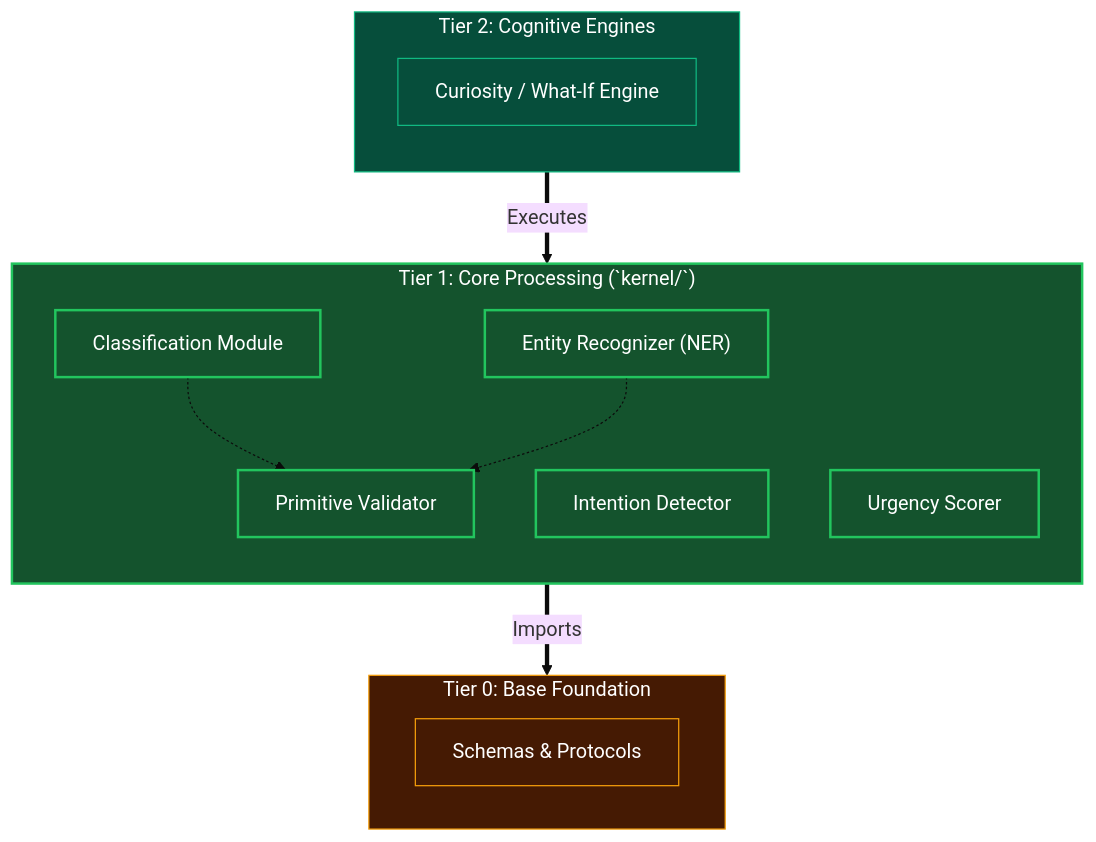
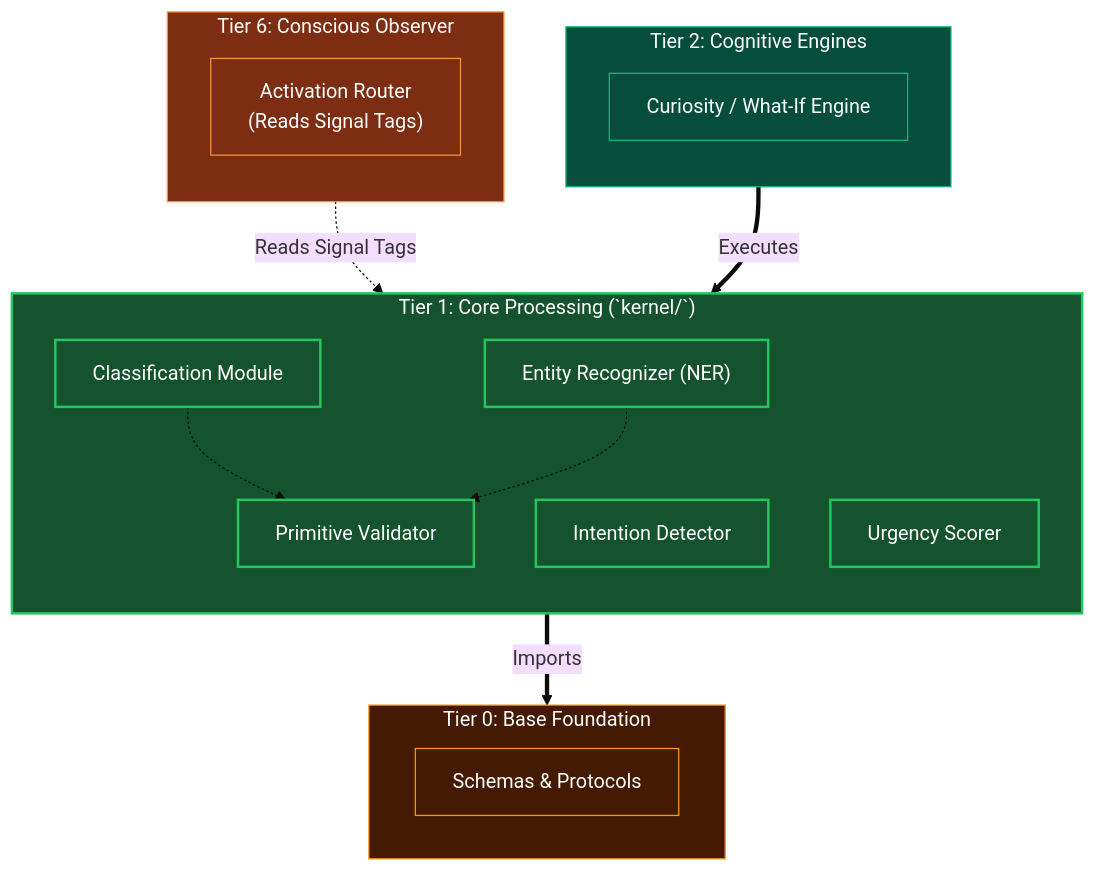
One commit to azzindani/Kea changed the diagram in redesign/tier_1/tier_1_architecture.md. Above: the diagram before and after it, drawn with Mermaid (base theme). The commit also changed other lines of this file and 16 other files, not shown here.

First line of the commit message:
Add Tier 6 (Conscious Observer) and restructure Human Kernel to 8 tiers

````diff
--- a/redesign/tier_1/tier_1_architecture.md
+++ b/redesign/tier_1/tier_1_architecture.md
@@ -17,39 +18,49 @@
 ```mermaid
 flowchart TD
     %% Base dependencies
     subgraph sTier0["Tier 0: Base Foundation"]
         nT0["Schemas & Protocols"]
     end
 
     %% T1 Scope
     subgraph sTier1["Tier 1: Core Processing (`kernel/`)"]
         direction TB
         
         nClassifier["Classification Module"]
         nIntent["Intention Detector"]
         nUrgency["Urgency Scorer"]
         nEntity["Entity Recognizer (NER)"]
         nValidator["Primitive Validator"]
         
         nClassifier -.-> nValidator
         nEntity -.-> nValidator
     end
 
     %% T2 Interface
     subgraph sTier2["Tier 2: Cognitive Engines"]
         direction TB
         nT2Engine["Curiosity / What-If Engine"]
     end
-    
+
+    %% T6 Consumer
+    subgraph sTier6["Tier 6: Conscious Observer"]
+        direction TB
+        nT6Router["Activation Router<br>(Reads Signal Tags)"]
+    end
+
     %% Dependencies
     nT2Engine == "Executes" ==> sTier1
     sTier1 == "Imports" ==> sTier0
+    nT6Router -. "Reads Signal Tags" .-> sTier1
     
     classDef t0 fill:#451A03,stroke:#F59E0B,stroke-width:1px,color:#fff
     classDef t1 fill:#14532D,stroke:#22C55E,stroke-width:2px,color:#fff
     classDef t2 fill:#064E3B,stroke:#10B981,stroke-width:1px,color:#fff
     
+    classDef t6 fill:#7C2D12,stroke:#FB923C,stroke-width:1px,color:#fff
+
     class nT0,sTier0 t0
     class sTier1,nClassifier,nIntent,nUrgency,nEntity,nValidator t1
     class nT2Engine,sTier2 t2
+    class sTier6,nT6Router t6
 ```
````
